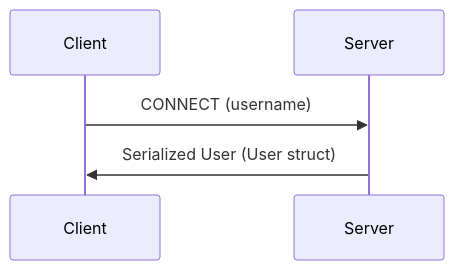
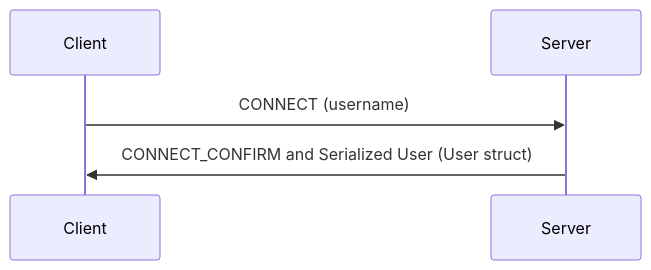
Before and after one commit to ClementGre/Awalnet: the first of 5 diagrams in README.md, drawn with Mermaid. The commit also changed other lines of this file and 3 other files, not shown here.

````diff
--- a/README.md
+++ b/README.md
@@ -33,8 +33,8 @@
 ```mermaid
 sequenceDiagram
     participant Client
     participant Server
     Client->>Server: CONNECT (username)
-    Server->>Client: Serialized User (User struct)
+    Server->>Client: CONNECT_CONFIRM and Serialized User (User struct)
     
  ``` 
````
